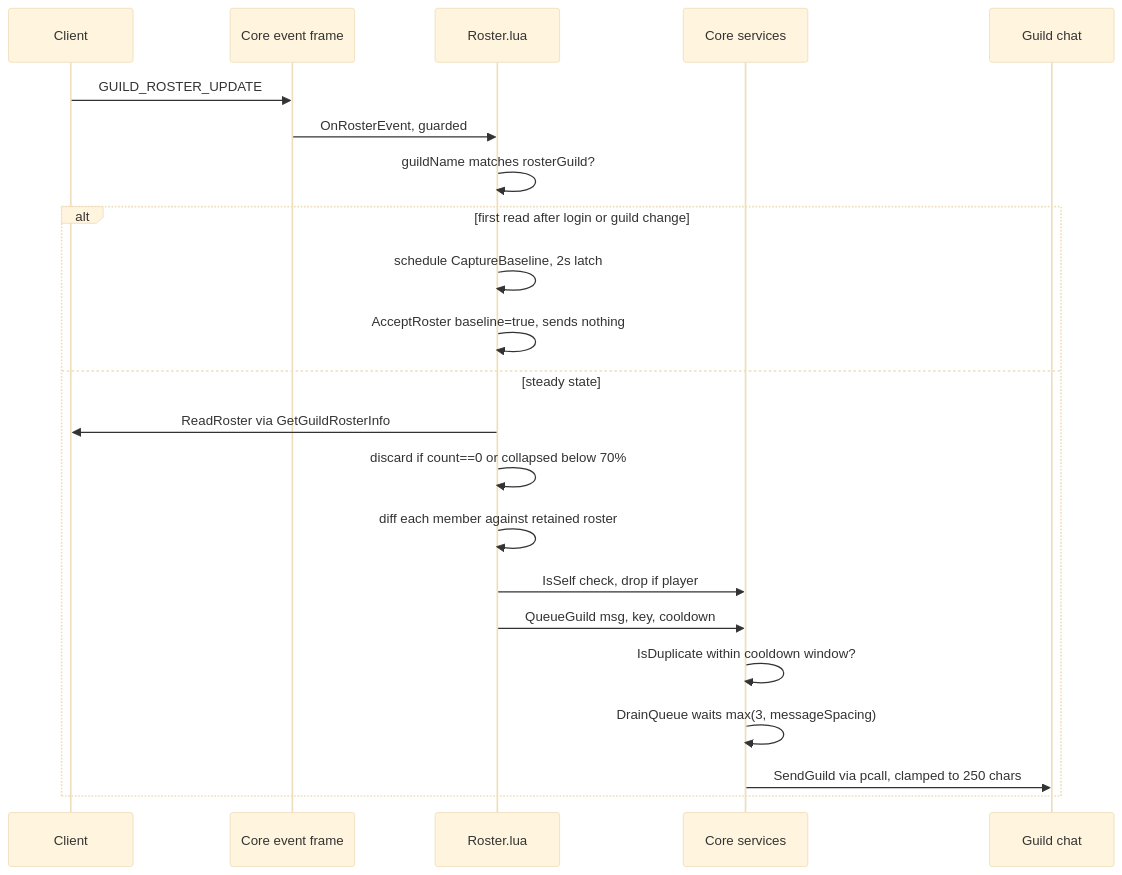
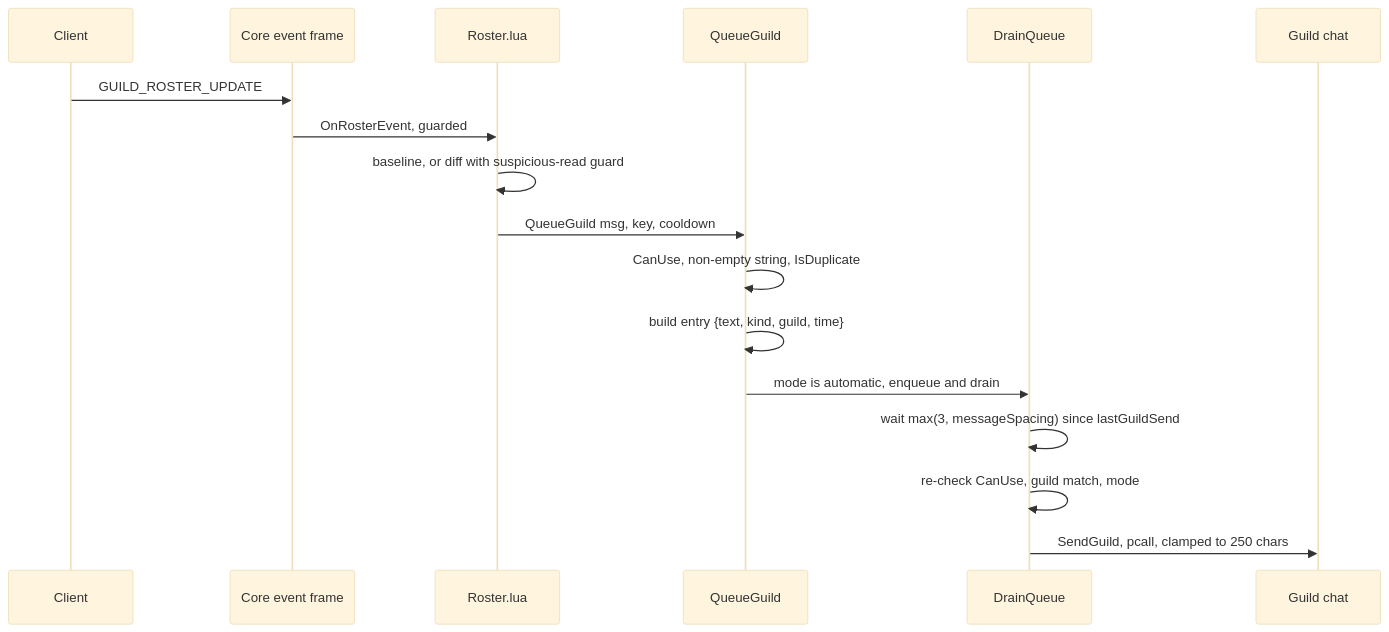
One commit to mreillyorg/ForeverGuildComms changed the second of 5 diagrams in aidlc-docs/inception/reverse-engineering/architecture.md. Above: the diagram before and after it, drawn with Mermaid (base theme). The commit also changed other lines of this file and 21 other files, not shown here.

````diff
--- a/aidlc-docs/inception/reverse-engineering/architecture.md
+++ b/aidlc-docs/inception/reverse-engineering/architecture.md
@@ -199,25 +281,20 @@
 ```mermaid
 sequenceDiagram
     participant C as Client
     participant E as Core event frame
     participant R as Roster.lua
-    participant S as Core services
+    participant Q as QueueGuild
+    participant D as DrainQueue
     participant G as Guild chat
 
     C->>E: GUILD_ROSTER_UPDATE
     E->>R: OnRosterEvent, guarded
-    R->>R: guildName matches rosterGuild?
-    alt first read after login or guild change
-        R->>R: schedule CaptureBaseline, 2s latch
-        R->>R: AcceptRoster baseline=true, sends nothing
-    else steady state
-        R->>C: ReadRoster via GetGuildRosterInfo
-        R->>R: discard if count==0 or collapsed below 70%
-        R->>R: diff each member against retained roster
-        R->>S: IsSelf check, drop if player
-        R->>S: QueueGuild msg, key, cooldown
-        S->>S: IsDuplicate within cooldown window?
-        S->>S: DrainQueue waits max(3, messageSpacing)
-        S->>G: SendGuild via pcall, clamped to 250 chars
-    end
+    R->>R: baseline, or diff with suspicious-read guard
+    R->>Q: QueueGuild msg, key, cooldown
+    Q->>Q: CanUse, non-empty string, IsDuplicate
+    Q->>Q: build entry {text, kind, guild, time}
+    Q->>D: mode is automatic, enqueue and drain
+    D->>D: wait max(3, messageSpacing) since lastGuildSend
+    D->>D: re-check CanUse, guild match, mode
+    D->>G: SendGuild, pcall, clamped to 250 chars
 ```
````
